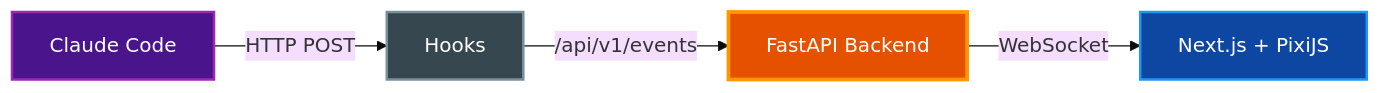
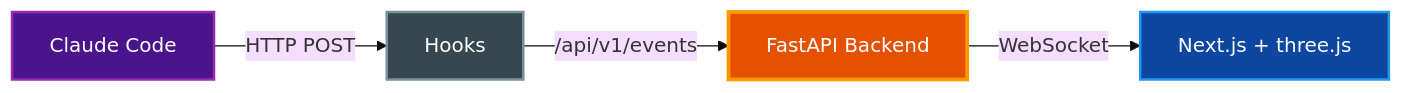
The second of 5 diagrams in docs/architecture/ARCHITECTURE.md (heejunKIM01/agent-office), drawn with Mermaid (base theme) before and after one commit. The commit also changed other lines of this file and 9 other files, not shown here.

````diff
--- a/docs/architecture/ARCHITECTURE.md
+++ b/docs/architecture/ARCHITECTURE.md
@@ -93,16 +87,16 @@
 ```mermaid
 graph LR
     CC[Claude Code]
     Hooks[Hooks]
     Backend[FastAPI Backend]
-    Frontend[Next.js + PixiJS]
+    Frontend[Next.js + three.js]
 
     CC -->|HTTP POST| Hooks
     Hooks -->|/api/v1/events| Backend
     Backend -->|WebSocket| Frontend
 
     style CC fill:#4a148c,stroke:#9c27b0,stroke-width:2px,color:#ffffff
     style Hooks fill:#37474f,stroke:#78909c,stroke-width:2px,color:#ffffff
     style Backend fill:#e65100,stroke:#ff9800,stroke-width:3px,color:#ffffff
     style Frontend fill:#0d47a1,stroke:#2196f3,stroke-width:2px,color:#ffffff
 ```
````
